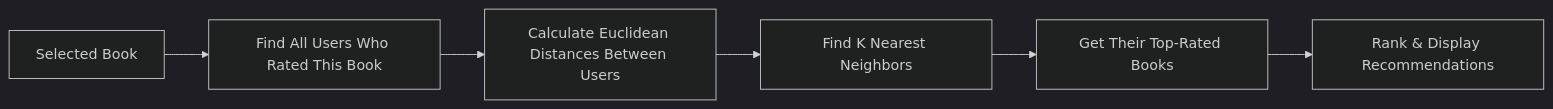
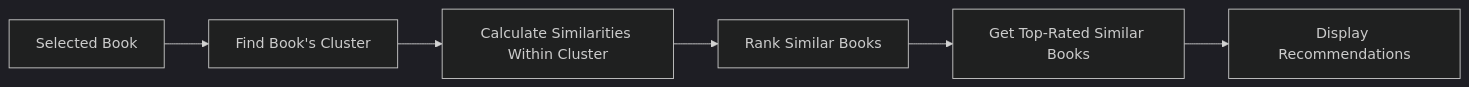
The diagram in End_to_End Book recommender system/README.md (fahdahmed10/Machine-Learning-Tasks), drawn with Mermaid (dark theme) before and after one commit. The commit also changed other lines of this file, not shown here.

````diff
--- a/End_to_End Book recommender system/README.md
+++ b/End_to_End Book recommender system/README.md
@@ -51,8 +51,8 @@
 ```mermaid
 graph LR
-    A[Selected Book] --> B[Find All Users Who Rated This Book]
-    B --> C[Calculate Euclidean Distances Between Users]
-    C --> D[Find K Nearest Neighbors]
-    D --> E[Get Their Top-Rated Books]
-    E --> F[Rank & Display Recommendations]
+    A[Selected Book] --> B[Find Book's Cluster]
+    B --> C[Calculate Similarities Within Cluster]
+    C --> D[Rank Similar Books]
+    D --> E[Get Top-Rated Similar Books]
+    E --> F[Display Recommendations]
 ```
````
